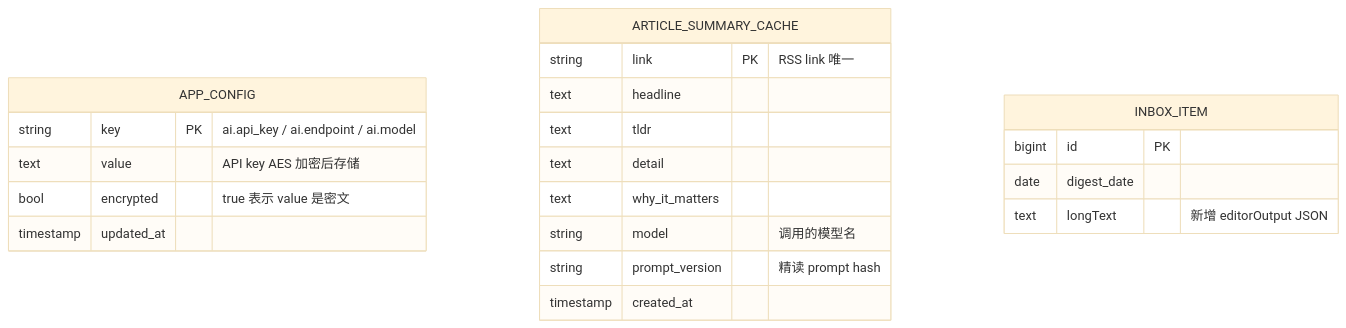
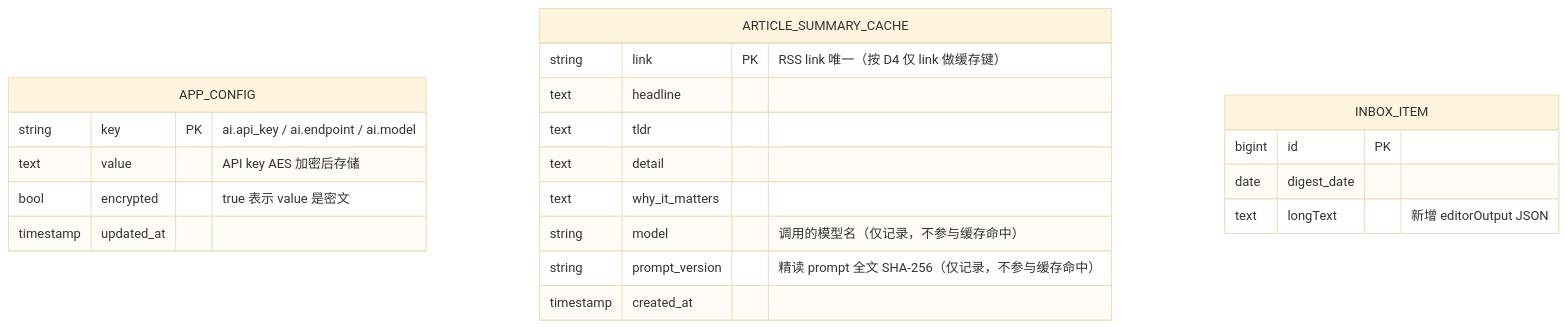
Before and after one commit to esmile-dev/axis: the first of 3 diagrams in docs/feature/digest-2.0/design.md, drawn with Mermaid (base theme). The commit also changed other lines of this file, not shown here.

Commit message:
docs(digest-2.0): design update — cache key=link only, full-prompt hash, exclude OpenAiChatAutoConfiguration

````diff
--- a/docs/feature/digest-2.0/design.md
+++ b/docs/feature/digest-2.0/design.md
@@ -16,24 +16,24 @@
 ```mermaid
 erDiagram
     APP_CONFIG {
         string key PK "ai.api_key / ai.endpoint / ai.model"
         text value "API key AES 加密后存储"
         bool encrypted "true 表示 value 是密文"
         timestamp updated_at
     }
     ARTICLE_SUMMARY_CACHE {
-        string link PK "RSS link 唯一"
+        string link PK "RSS link 唯一（按 D4 仅 link 做缓存键）"
         text headline
         text tldr
         text detail
         text why_it_matters
-        string model "调用的模型名"
-        string prompt_version "精读 prompt hash"
+        string model "调用的模型名（仅记录，不参与缓存命中）"
+        string prompt_version "精读 prompt 全文 SHA-256（仅记录，不参与缓存命中）"
         timestamp created_at
     }
     INBOX_ITEM {
         bigint id PK
         date digest_date
         text longText "新增 editorOutput JSON"
     }
 ```
````
